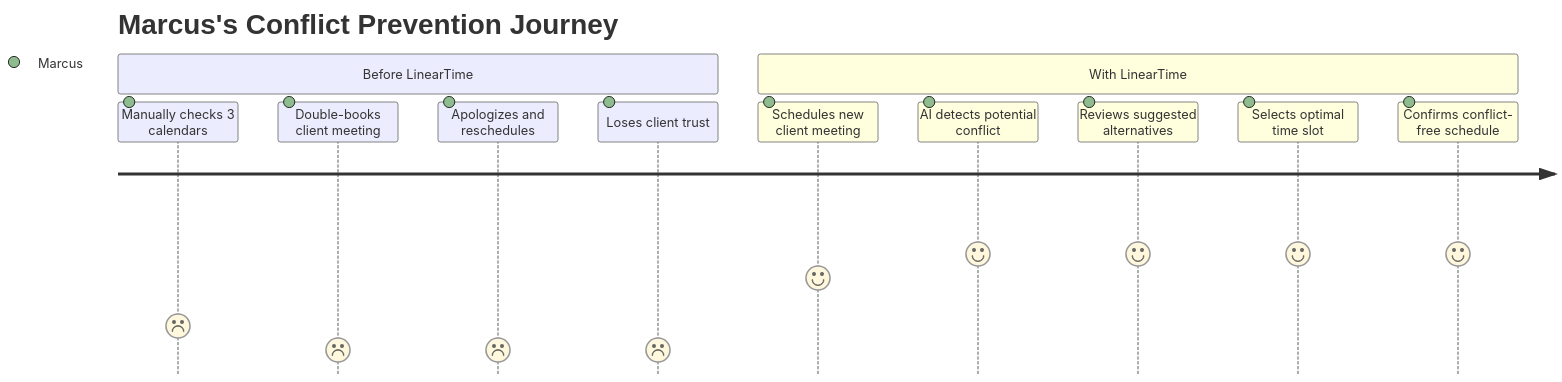
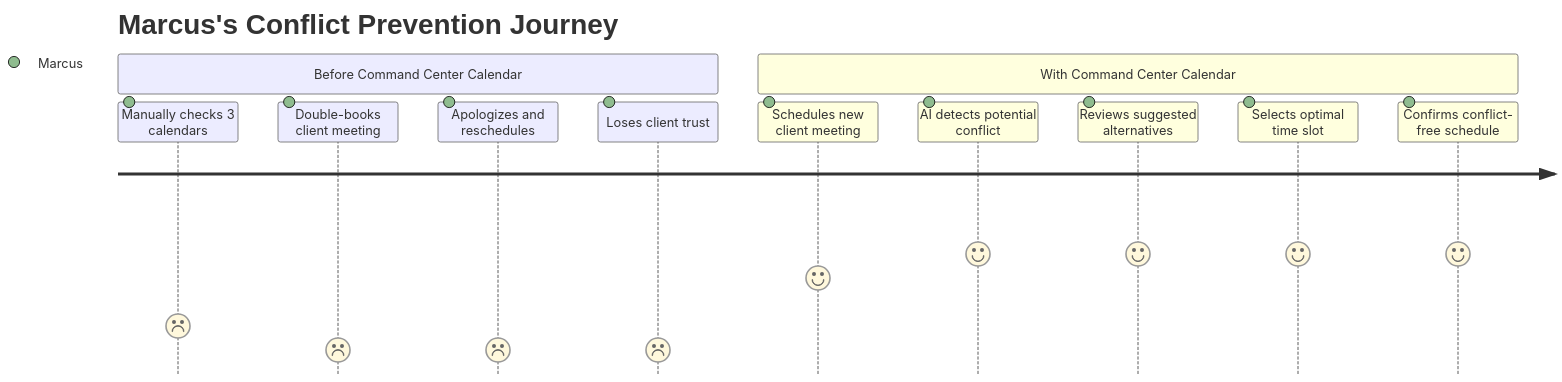
The second of 8 diagrams in docs/USER_STORIES_AND_JOURNEY_MAPS.md (Franksami/lineartime), drawn with Mermaid before and after one commit. The commit also changed other lines of this file and 448 other files, not shown here.

````diff
--- a/docs/USER_STORIES_AND_JOURNEY_MAPS.md
+++ b/docs/USER_STORIES_AND_JOURNEY_MAPS.md
@@ -186,15 +186,15 @@
 ```mermaid
 journey
     title Marcus's Conflict Prevention Journey
-    section Before LinearTime
+    section Before Command Center Calendar
         Manually checks 3 calendars: 2: Marcus
         Double-books client meeting: 1: Marcus
         Apologizes and reschedules: 1: Marcus
         Loses client trust: 1: Marcus
-    section With LinearTime
+    section With Command Center Calendar
         Schedules new client meeting: 4: Marcus
         AI detects potential conflict: 5: Marcus
         Reviews suggested alternatives: 5: Marcus
         Selects optimal time slot: 5: Marcus
         Confirms conflict-free schedule: 5: Marcus
 ```
````
